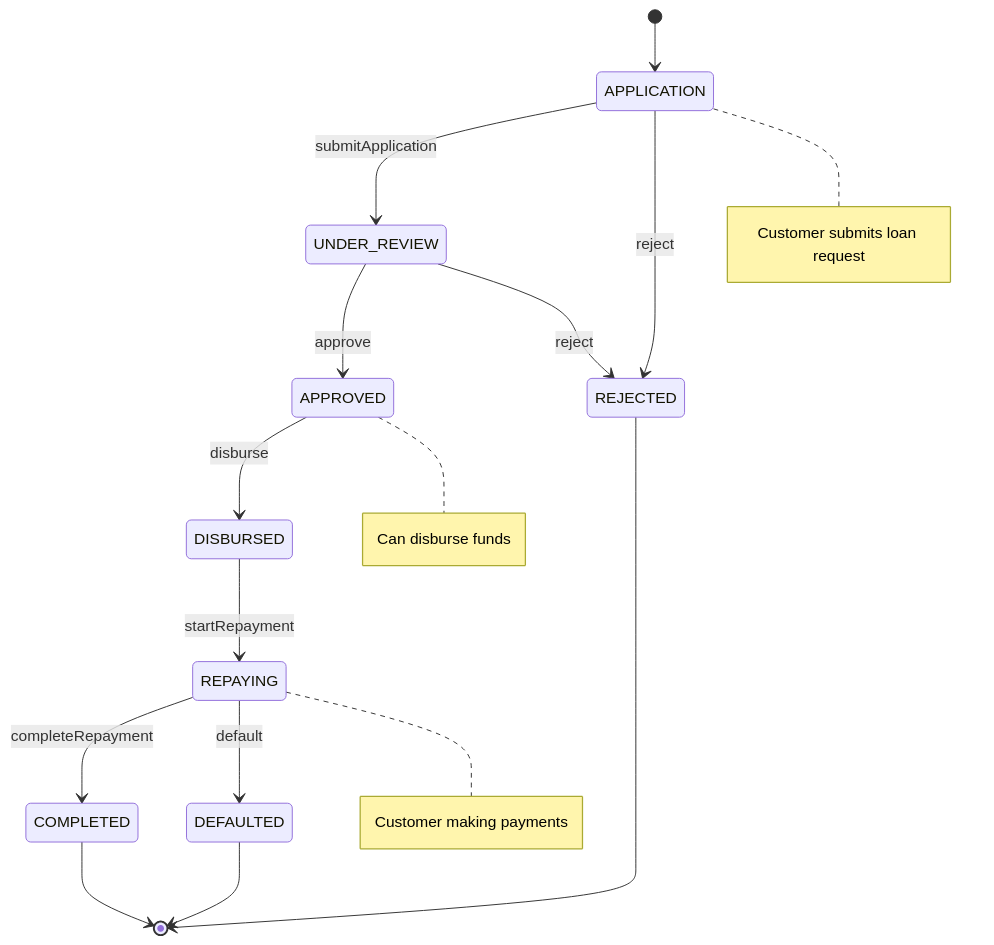
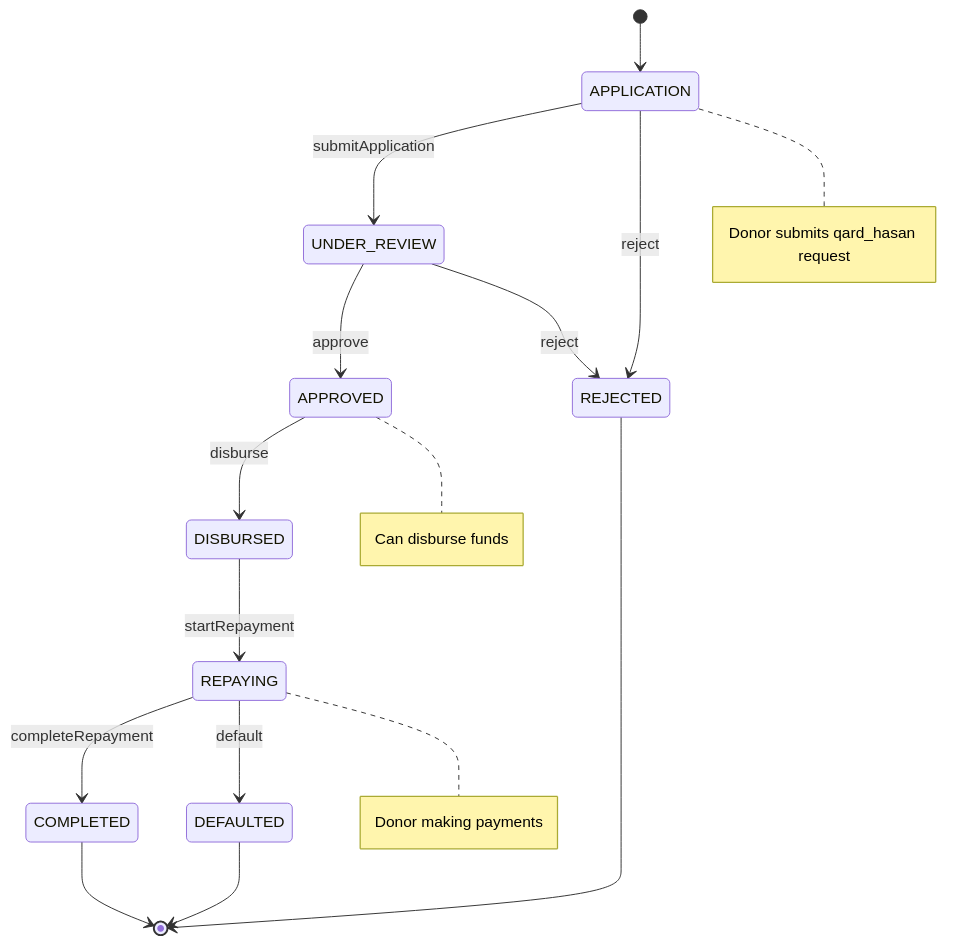
The third of 8 diagrams in docs/explanation/software/stack-lang/java/ex-so-stla-ja__finite-state-machine-fsm.md (wahidyankf/open-sharia-enterprise), drawn with Mermaid before and after one commit. The commit also changed other lines of this file and 81 other files, not shown here.

````diff
--- a/docs/explanation/software/stack-lang/java/ex-so-stla-ja__finite-state-machine-fsm.md
+++ b/docs/explanation/software/stack-lang/java/ex-so-stla-ja__finite-state-machine-fsm.md
@@ -688,36 +688,36 @@
 ```mermaid
 %% Color Palette: Blue #0173B2, Orange #DE8F05, Teal #029E73, Purple #CC78BC
 %% All colors are color-blind friendly and meet WCAG AA contrast standards
 
 stateDiagram-v2
     [*] --> APPLICATION
 
     APPLICATION --> UNDER_REVIEW: submitApplication
     APPLICATION --> REJECTED: reject
 
     UNDER_REVIEW --> APPROVED: approve
     UNDER_REVIEW --> REJECTED: reject
 
     APPROVED --> DISBURSED: disburse
 
     DISBURSED --> REPAYING: startRepayment
 
     REPAYING --> COMPLETED: completeRepayment
     REPAYING --> DEFAULTED: default
 
     COMPLETED --> [*]
     REJECTED --> [*]
     DEFAULTED --> [*]
 
     note right of APPLICATION
-        Customer submits loan request
+        Donor submits qard_hasan request
     end note
 
     note right of APPROVED
         Can disburse funds
     end note
 
     note right of REPAYING
-        Customer making payments
+        Donor making payments
     end note
 ```
````
